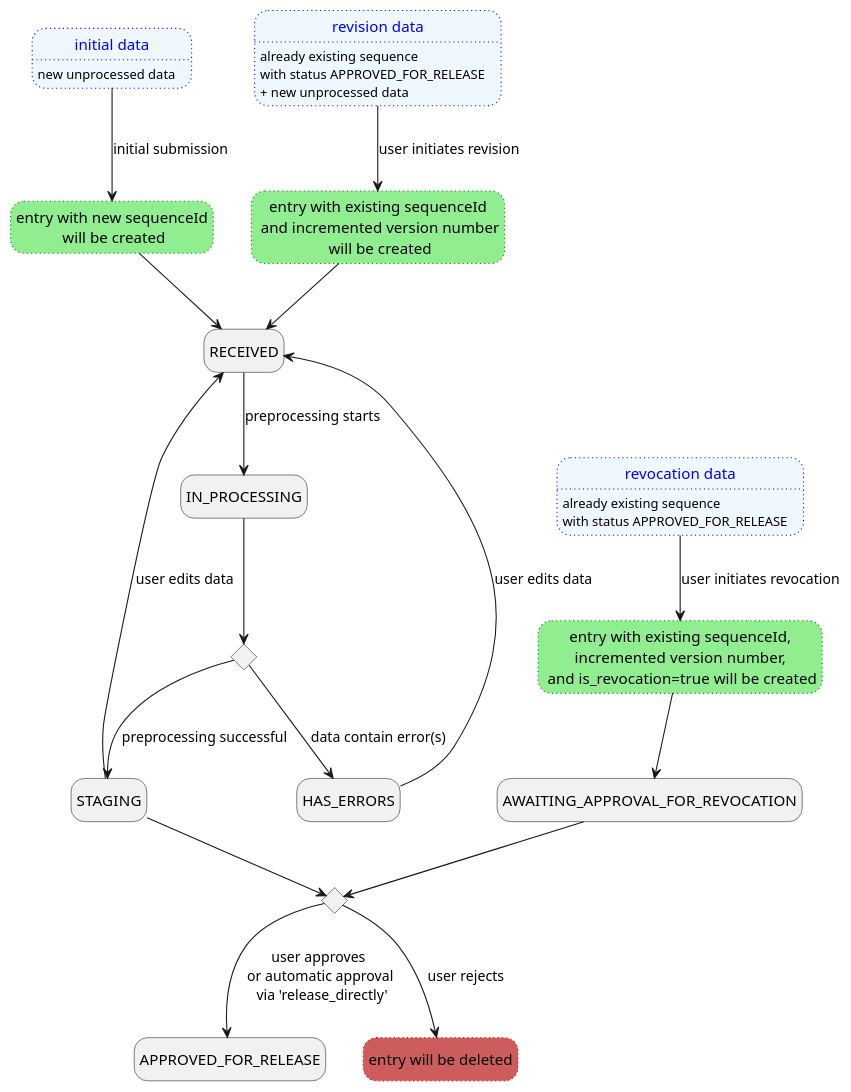
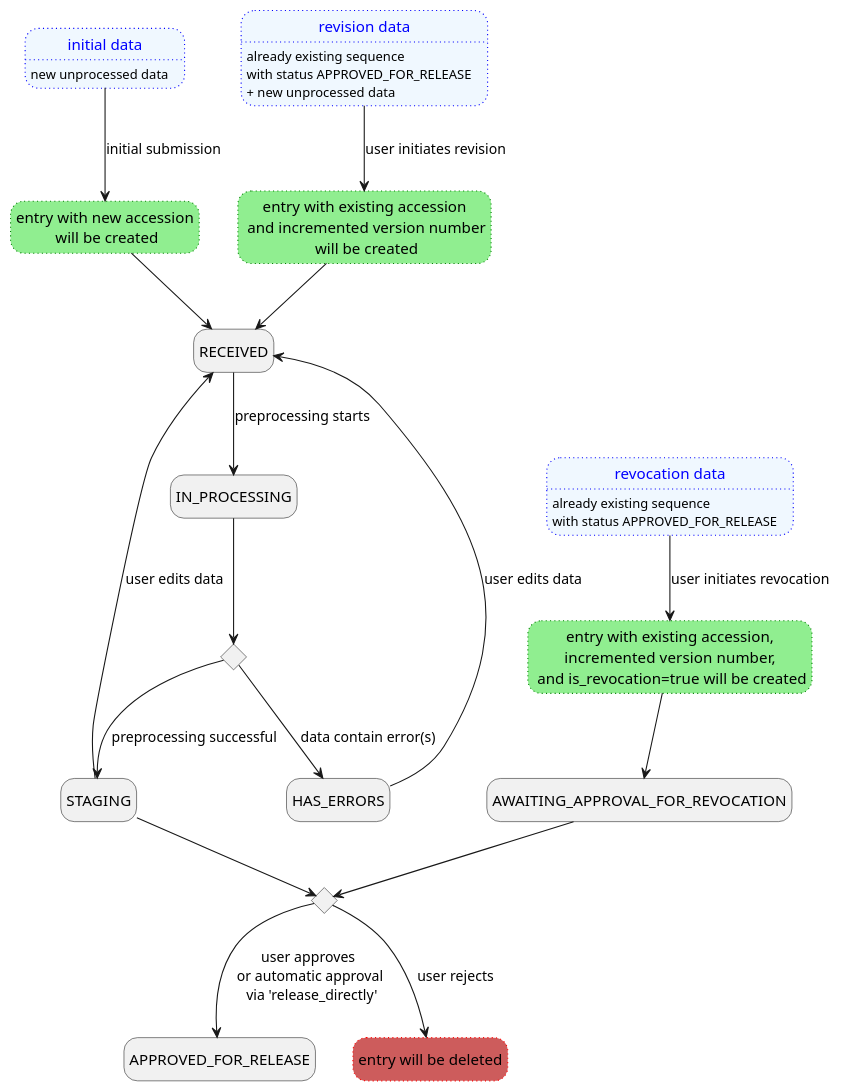
One commit to loculus-project/loculus changed the diagram in backend/docs/plantuml/statusChange.puml. Above: the diagram before and after it, drawn with PlantUML. The commit also changed 95 other files, not shown here.

```diff
--- a/backend/docs/plantuml/statusChange.puml
+++ b/backend/docs/plantuml/statusChange.puml
@@ -1,54 +1,54 @@
 @startuml
     hide empty description
 
     ' input data
     state INITIAL_DATA as "initial data" #aliceblue;line:blue;line.dotted;text:blue {
         INITIAL_DATA: new unprocessed data
         }
     state REVISION_DATA as "revision data" #aliceblue;line:blue;line.dotted;text:blue {
         REVISION_DATA: already existing sequence
         REVISION_DATA: with status APPROVED_FOR_RELEASE
         REVISION_DATA: + new unprocessed data
     }
     state REVOKED_DATA as "revocation data" #aliceblue;line:blue;line.dotted;text:blue{
         REVOKED_DATA: already existing sequence
         REVOKED_DATA: with status APPROVED_FOR_RELEASE
     }
 
     ' status states
     state AWAITING_APPROVAL_FOR_REVOCATION
     state RECEIVED
     state IN_PROCESSING
     state HAS_ERRORS
     state RECEIVED
     state APPROVED_FOR_RELEASE
 
     ' actions
-    state CREATING_SUBMIT as "entry with new sequenceId\n will be created" #lightgreen;line:green;line.dotted
-    state CREATING_REVISE as "entry with existing sequenceId\n and incremented version number\n will be created" #lightgreen;line:green;line.dotted
-    state CREATING_REVOKE as "entry with existing sequenceId,\n incremented version number, \n and is_revocation=true will be created" #lightgreen;line:green;line.dotted
+    state CREATING_SUBMIT as "entry with new accession\n will be created" #lightgreen;line:green;line.dotted
+    state CREATING_REVISE as "entry with existing accession\n and incremented version number\n will be created" #lightgreen;line:green;line.dotted
+    state CREATING_REVOKE as "entry with existing accession,\n incremented version number, \n and is_revocation=true will be created" #lightgreen;line:green;line.dotted
     state DELETION as "entry will be deleted" #IndianRed;line:red;line.dotted
     state is_error <<choice>>
     state is_approved <<choice>>
 
     ' transitions
     INITIAL_DATA --> CREATING_SUBMIT : initial submission
     CREATING_SUBMIT --> RECEIVED
     REVISION_DATA --> CREATING_REVISE : user initiates revision
     CREATING_REVISE --> RECEIVED
 
     REVOKED_DATA --> CREATING_REVOKE : user initiates revocation
     CREATING_REVOKE --> AWAITING_APPROVAL_FOR_REVOCATION
     AWAITING_APPROVAL_FOR_REVOCATION --> is_approved
 
     RECEIVED --> IN_PROCESSING : preprocessing starts
     IN_PROCESSING --> is_error
     is_error --> HAS_ERRORS : data contain error(s)
     HAS_ERRORS --> RECEIVED : user edits data
     STAGING --> RECEIVED : user edits data
     is_error --> STAGING : preprocessing successful
     STAGING --> is_approved
     is_approved --> APPROVED_FOR_RELEASE : user approves \nor automatic approval\n via 'release_directly'
     is_approved --> DELETION : user rejects
 
 @enduml
```
